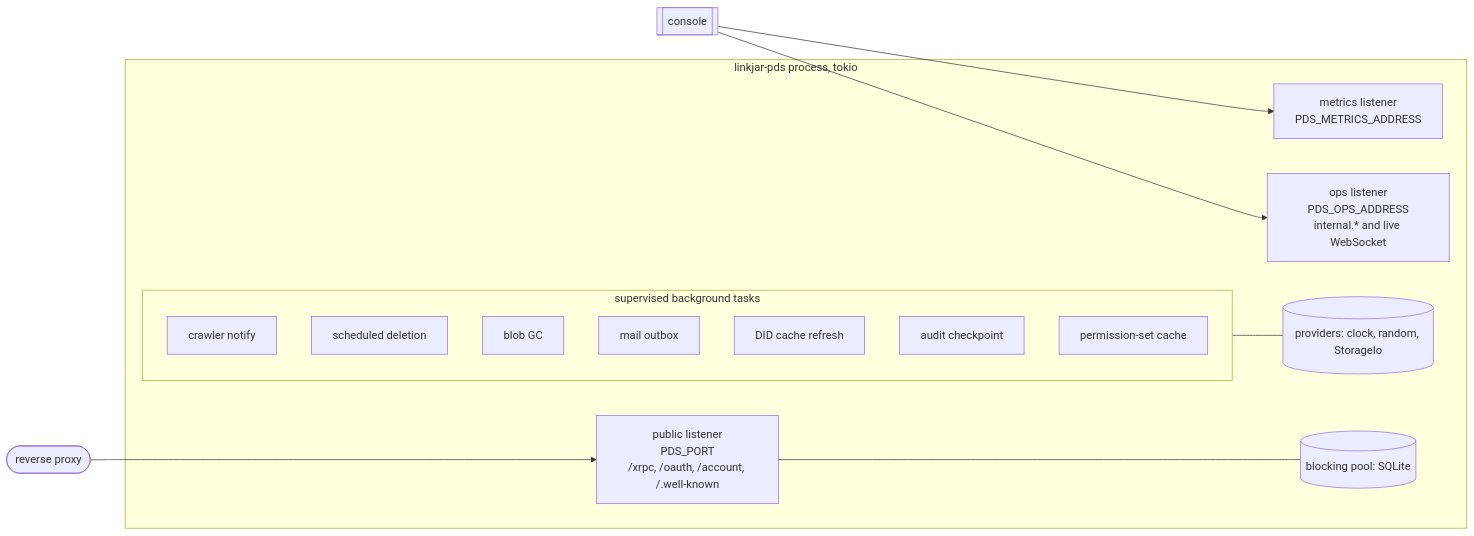
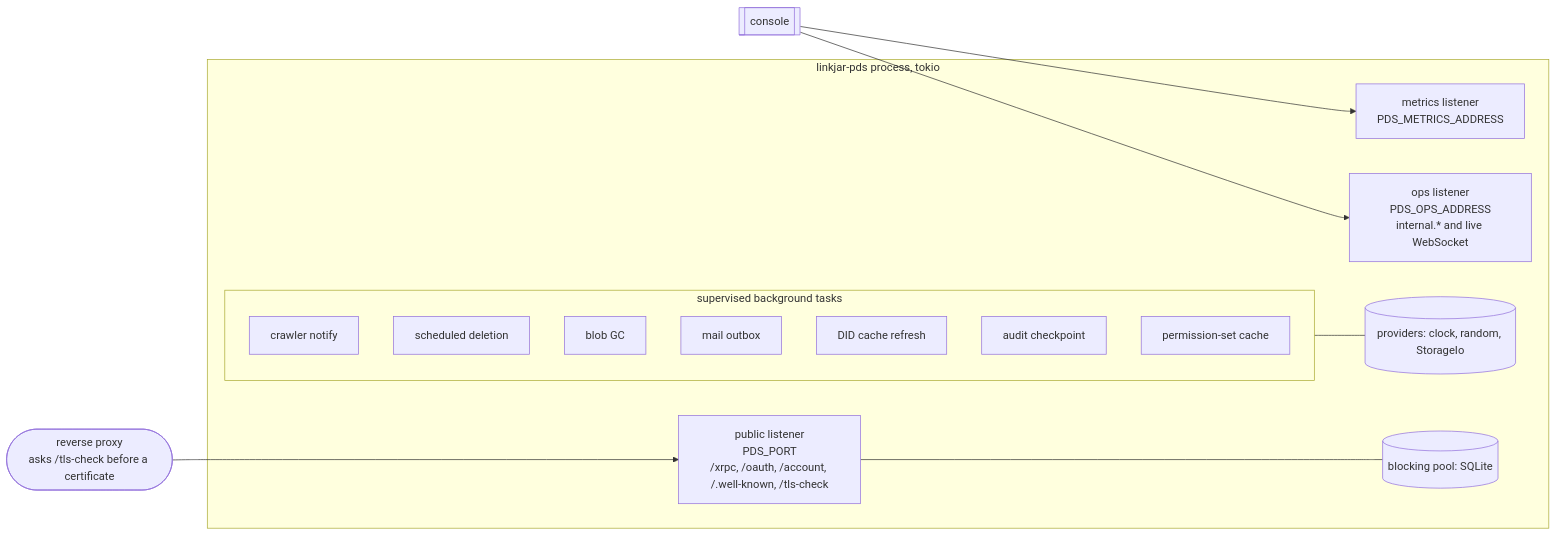
One commit to linkjar/pds changed the diagram in docs/architecture/diagrams/04-process.mmd. Above: the diagram before and after it, drawn with Mermaid. The commit also changed 23 other files, not shown here.

```diff
--- a/docs/architecture/diagrams/04-process.mmd
+++ b/docs/architecture/diagrams/04-process.mmd
@@ -1,21 +1,21 @@
 flowchart LR
   subgraph proc [linkjar-pds process, tokio]
-    pub[public listener<br/>PDS_PORT<br/>/xrpc, /oauth, /account, /.well-known]
+    pub[public listener<br/>PDS_PORT<br/>/xrpc, /oauth, /account, /.well-known, /tls-check]
     met[metrics listener<br/>PDS_METRICS_ADDRESS]
     ops[ops listener<br/>PDS_OPS_ADDRESS<br/>internal.* and live WebSocket]
     subgraph bg [supervised background tasks]
       t1[crawler notify]
       t2[scheduled deletion]
       t3[blob GC]
       t4[mail outbox]
       t5[DID cache refresh]
       t6[audit checkpoint]
       t7[permission-set cache]
     end
     prov[(providers: clock, random, StorageIo)]
     pool[(blocking pool: SQLite)]
   end
-  proxy([reverse proxy]) --> pub
+  proxy([reverse proxy<br/>asks /tls-check before a certificate]) --> pub
   console[[console]] --> ops & met
   bg --- prov
   pub --- pool
```
